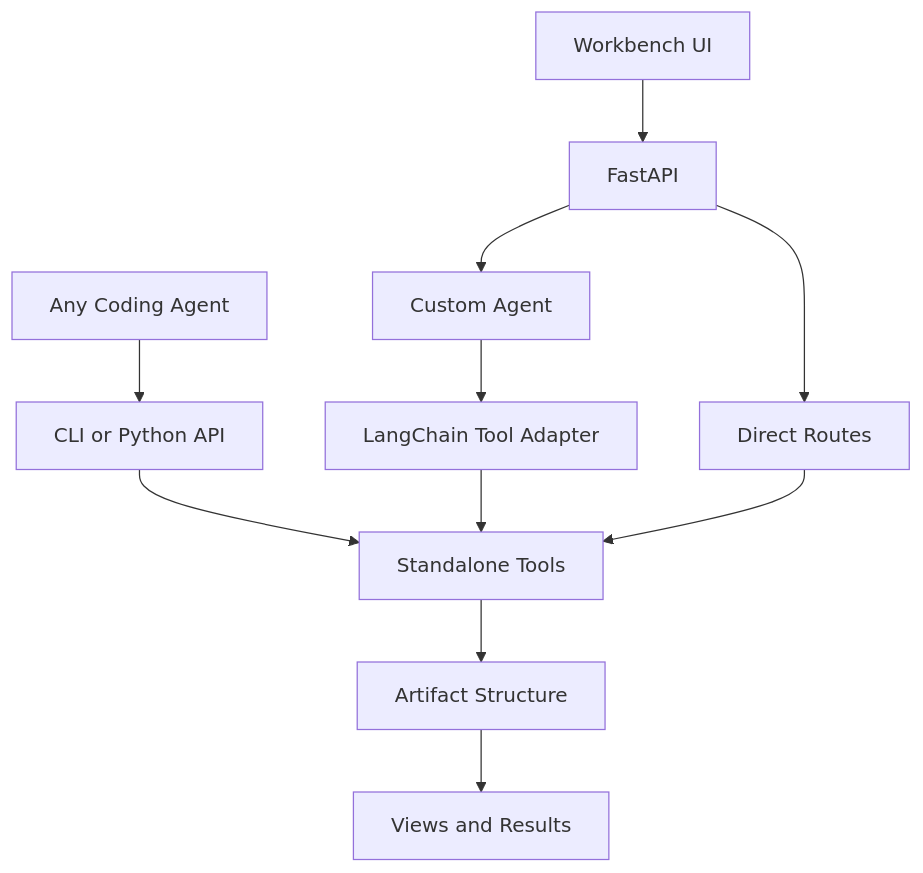
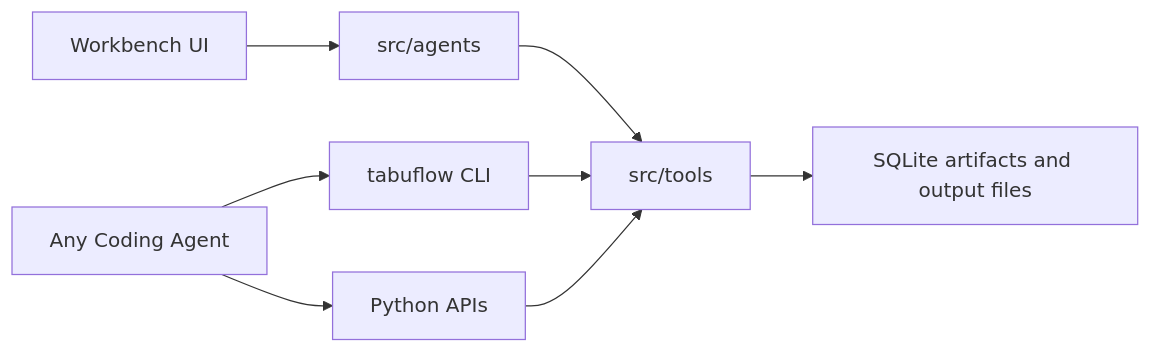
One commit to teron131/tabuflow changed the diagram in README.md. Above: the diagram before and after it, drawn with Mermaid. The commit also changed other lines of this file and 1 other file, not shown here.

````diff
--- a/README.md
+++ b/README.md
@@ -14,13 +17,10 @@
 ```mermaid
-flowchart TB
-    AnyAgent[Any Coding Agent] --> AnyInterface[CLI or Python API]
-    Workbench[Workbench UI] --> Api[FastAPI]
-    Api --> CustomAgent[Custom Agent]
-    Api --> DirectRoutes[Direct Routes]
-    CustomAgent --> Adapter[LangChain Tool Adapter]
-    AnyInterface --> Tools[Standalone Tools]
-    Adapter --> Tools
-    DirectRoutes --> Tools
-    Tools --> Artifacts[Artifact Structure]
-    Artifacts --> Results[Views and Results]
+flowchart LR
+    AnyAgent[Any Coding Agent] --> CLI[tabuflow CLI]
+    AnyAgent --> Python[Python APIs]
+    Workbench[Workbench UI] --> Agent[src/agents]
+    Agent --> Tools[src/tools]
+    CLI --> Tools
+    Python --> Tools
+    Tools --> Artifacts[SQLite artifacts and output files]
 ```
````
